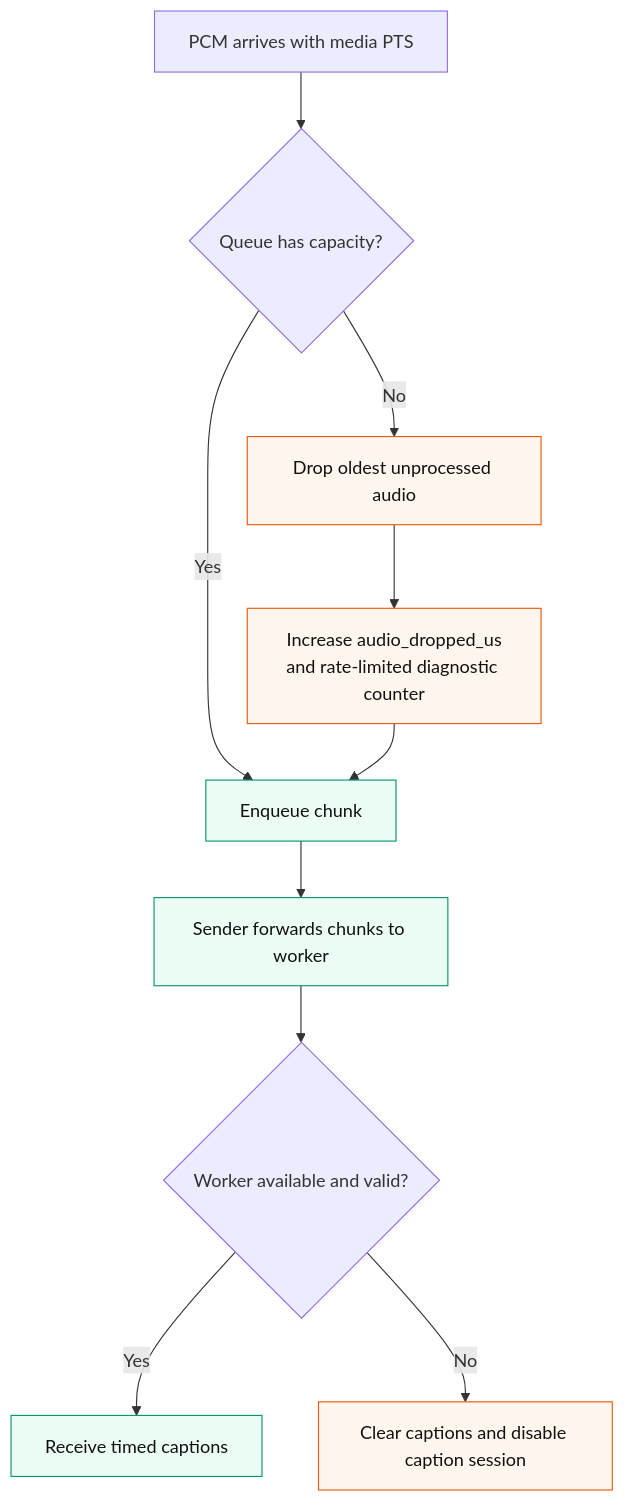
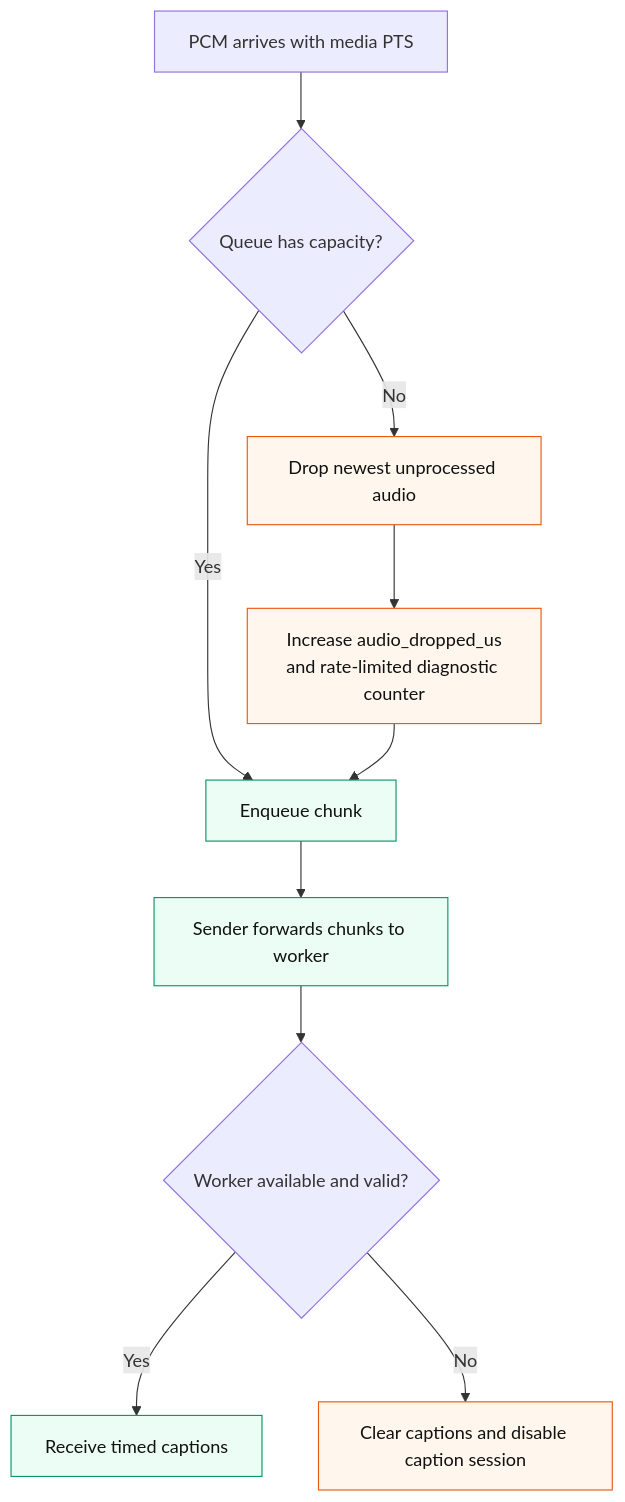
Before and after one commit to rzv04/vlc-whisper: the fifth of 8 diagrams in docs/diagrams.md, drawn with Mermaid. The commit also changed 15 other files, not shown here.

````diff
--- a/docs/diagrams.md
+++ b/docs/diagrams.md
@@ -101,17 +101,17 @@
 ```mermaid
 flowchart TD
     IN[PCM arrives with media PTS] --> SPACE{Queue has capacity?}
     SPACE -->|Yes| ENQ[Enqueue chunk]
-    SPACE -->|No| DROP[Drop oldest unprocessed audio]
+    SPACE -->|No| DROP[Drop newest unprocessed audio]
     DROP --> COUNT[Increase audio_dropped_us\nand rate-limited diagnostic counter]
     COUNT --> ENQ
     ENQ --> SEND[Sender forwards chunks to worker]
     SEND --> HEALTH{Worker available and valid?}
     HEALTH -->|Yes| CAP[Receive timed captions]
     HEALTH -->|No| DISABLE[Clear captions and disable caption session]
 
     classDef safe fill:#ecfdf5,stroke:#059669,color:#111;
     classDef warn fill:#fff7ed,stroke:#ea580c,color:#111;
     class ENQ,SEND,CAP safe;
     class DROP,COUNT,DISABLE warn;
 ```
````
